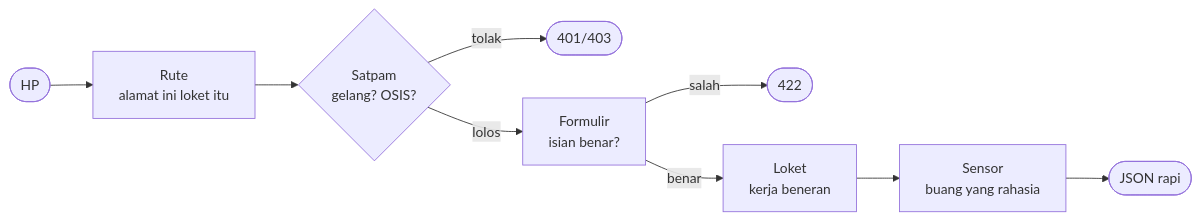
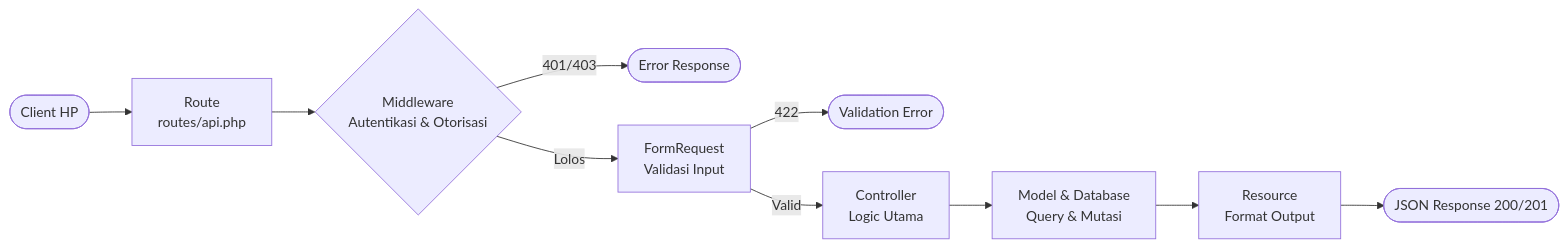
The third of 5 diagrams in penjelasan-tahap-1.md (AbyanDv/Kelompok3-ShiftB-ResponsiPemweb2Laravel), drawn with Mermaid before and after one commit. The commit also changed other lines of this file and 15 other files, not shown here.

````diff
--- a/penjelasan-tahap-1.md
+++ b/penjelasan-tahap-1.md
@@ -415,11 +1371,12 @@
 ```mermaid
 flowchart LR
-    A([HP]) --> B[Rute<br/>alamat ini loket itu]
-    B --> C{Satpam<br/>gelang? OSIS?}
-    C -- tolak --> Z([401/403])
-    C -- lolos --> D[Formulir<br/>isian benar?]
-    D -- salah --> Y([422])
-    D -- benar --> E[Loket<br/>kerja beneran]
-    E --> F[Sensor<br/>buang yang rahasia]
-    F --> G([JSON rapi])
+    A([Client HP]) --> B[Route<br/>routes/api.php]
+    B --> C{Middleware<br/>Autentikasi & Otorisasi}
+    C -- 401/403 --> Z([Error Response])
+    C -- Lolos --> D[FormRequest<br/>Validasi Input]
+    D -- 422 --> Y([Validation Error])
+    D -- Valid --> E[Controller<br/>Logic Utama]
+    E --> F[Model & Database<br/>Query & Mutasi]
+    F --> G[Resource<br/>Format Output]
+    G --> H([JSON Response 200/201])
 ```
````
